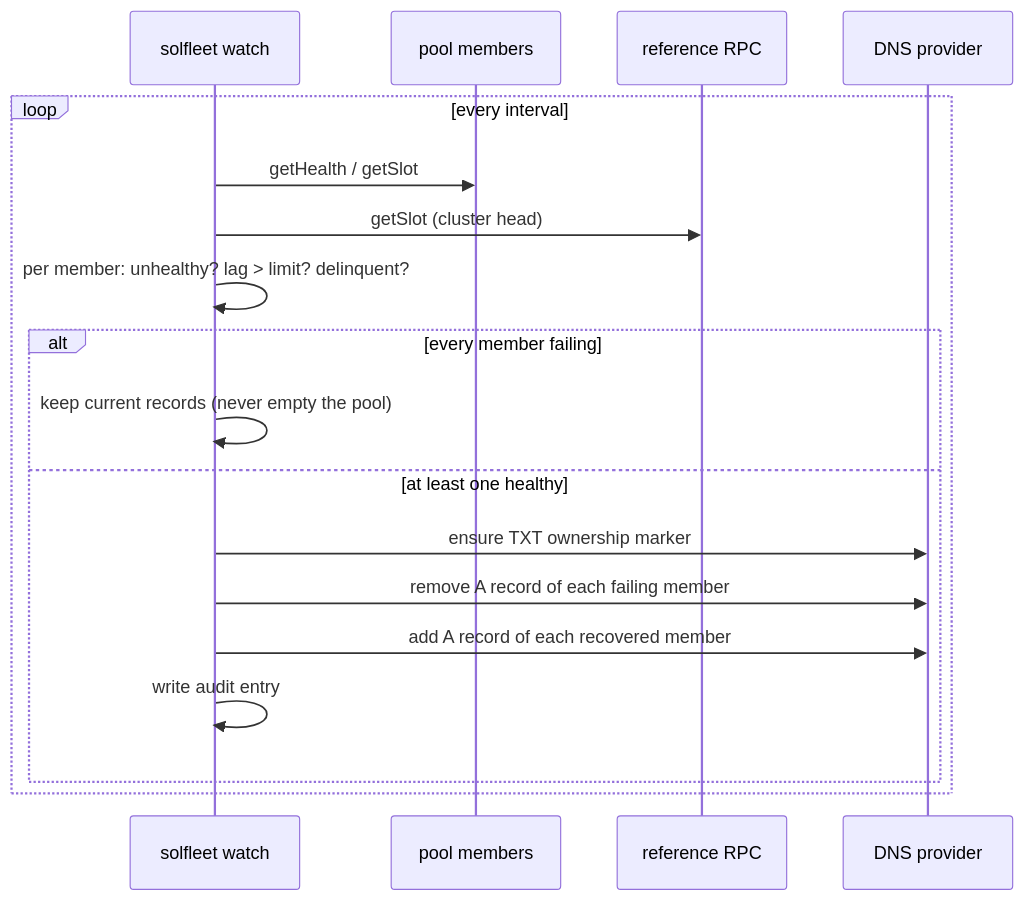
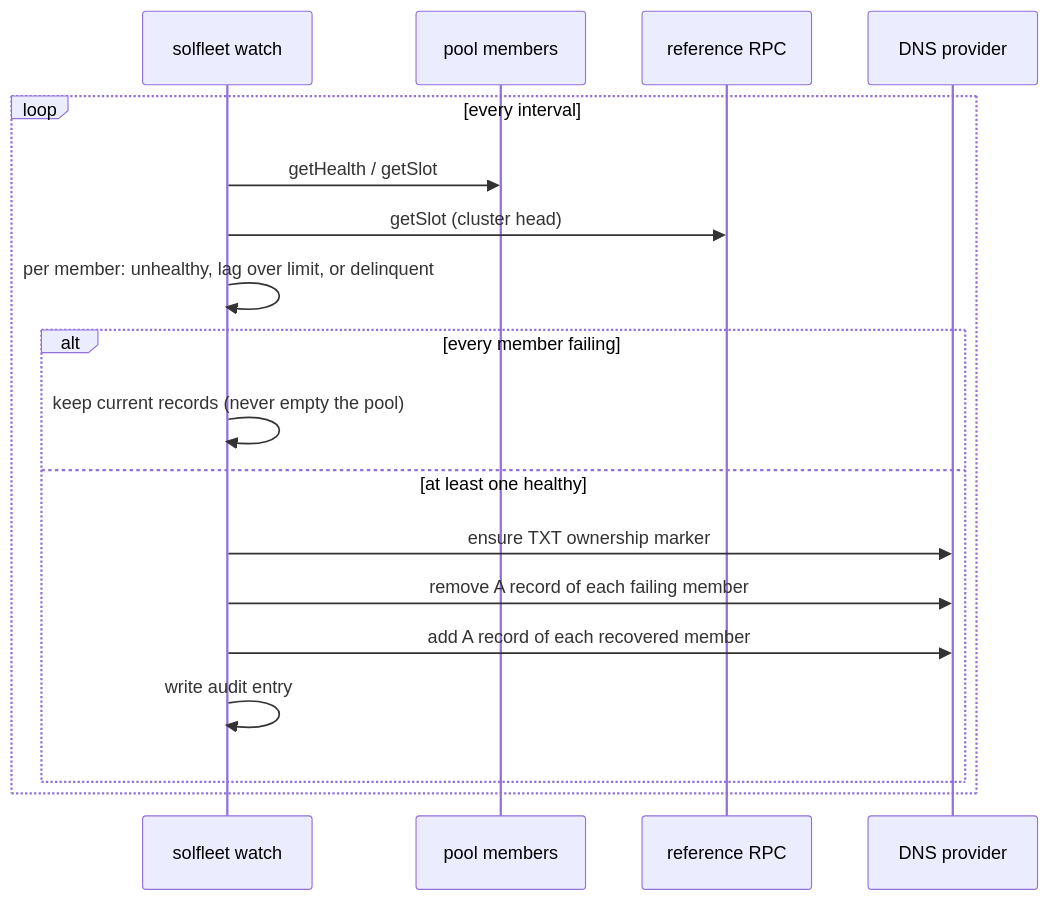
One commit to sanjeevkkansal/solfleet changed the third of 3 diagrams in README.md. Above: the diagram before and after it, drawn with Mermaid. The commit also changed other lines of this file, not shown here.

Commit message:
README: fix mermaid parse errors in sequence diagrams (drop ';' separators, angle brackets)

````diff
--- a/README.md
+++ b/README.md
@@ -90,20 +90,20 @@
 ```mermaid
 sequenceDiagram
   participant SF as solfleet watch
   participant N as pool members
   participant R as reference RPC
   participant D as DNS provider
   loop every interval
     SF->>N: getHealth / getSlot
     SF->>R: getSlot (cluster head)
-    SF->>SF: per member: unhealthy? lag > limit? delinquent?
+    SF->>SF: per member: unhealthy, lag over limit, or delinquent
     alt every member failing
       SF->>SF: keep current records (never empty the pool)
     else at least one healthy
       SF->>D: ensure TXT ownership marker
       SF->>D: remove A record of each failing member
       SF->>D: add A record of each recovered member
       SF->>SF: write audit entry
     end
   end
 ```
````
